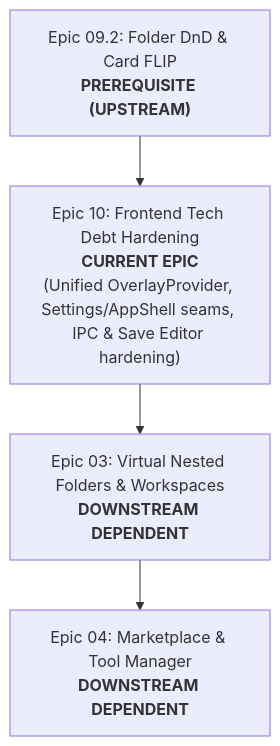
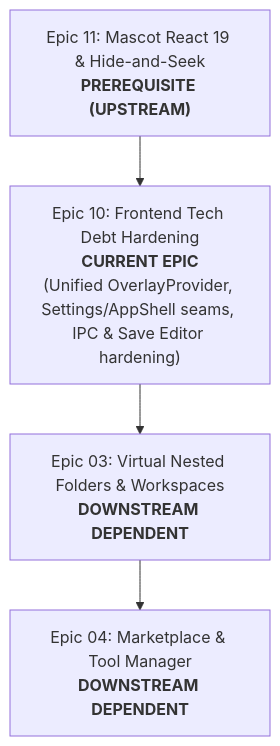
One commit to loerei/YumeShelf changed the diagram in docs/specs/10-frontend-tech-debt-hardening/PRD.md. Above: the diagram before and after it, drawn with Mermaid. The commit also changed other lines of this file and 18 other files, not shown here.

Commit message:
docs(specs): finalize epic 09.2 review, add epic 11, and reorder roadmap

````diff
--- a/docs/specs/10-frontend-tech-debt-hardening/PRD.md
+++ b/docs/specs/10-frontend-tech-debt-hardening/PRD.md
@@ -23,7 +23,7 @@
 ```mermaid
 flowchart TD
-    E09.2["Epic 09.2: Folder DnD & Card FLIP<br/><b>PREREQUISITE (UPSTREAM)</b>"]
+    E11["Epic 11: Mascot React 19 & Hide-and-Seek<br/><b>PREREQUISITE (UPSTREAM)</b>"]
     --> E10["Epic 10: Frontend Tech Debt Hardening<br/><b>CURRENT EPIC</b><br/>(Unified OverlayProvider, Settings/AppShell seams, IPC & Save Editor hardening)"]
     --> E03["Epic 03: Virtual Nested Folders & Workspaces<br/><b>DOWNSTREAM DEPENDENT</b>"]
     --> E04["Epic 04: Marketplace & Tool Manager<br/><b>DOWNSTREAM DEPENDENT</b>"]
 ```
````
